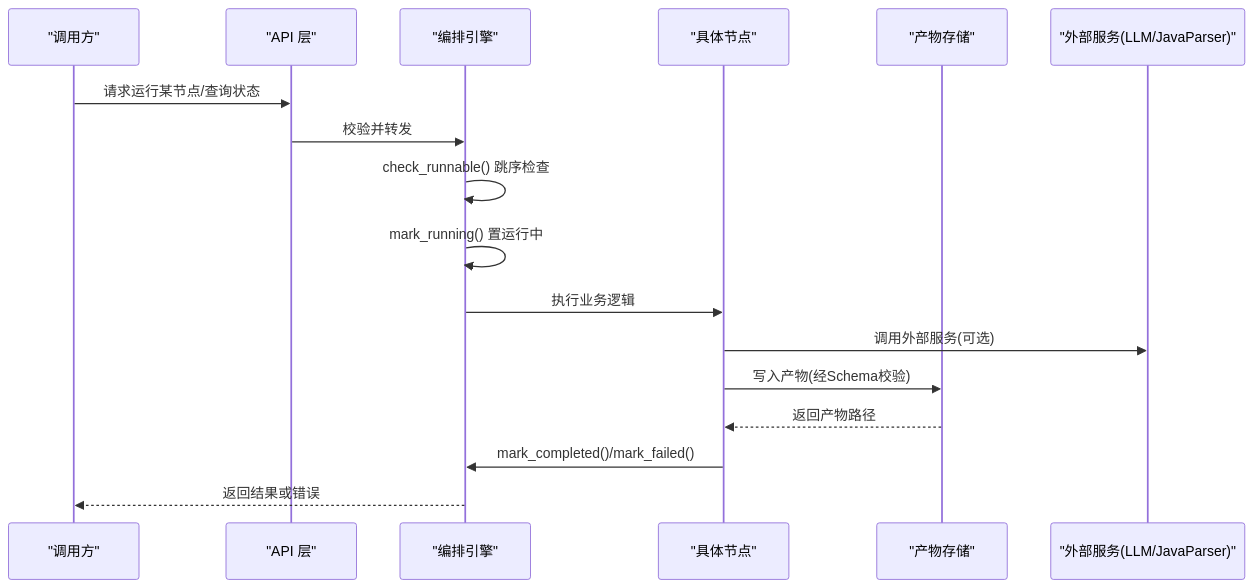
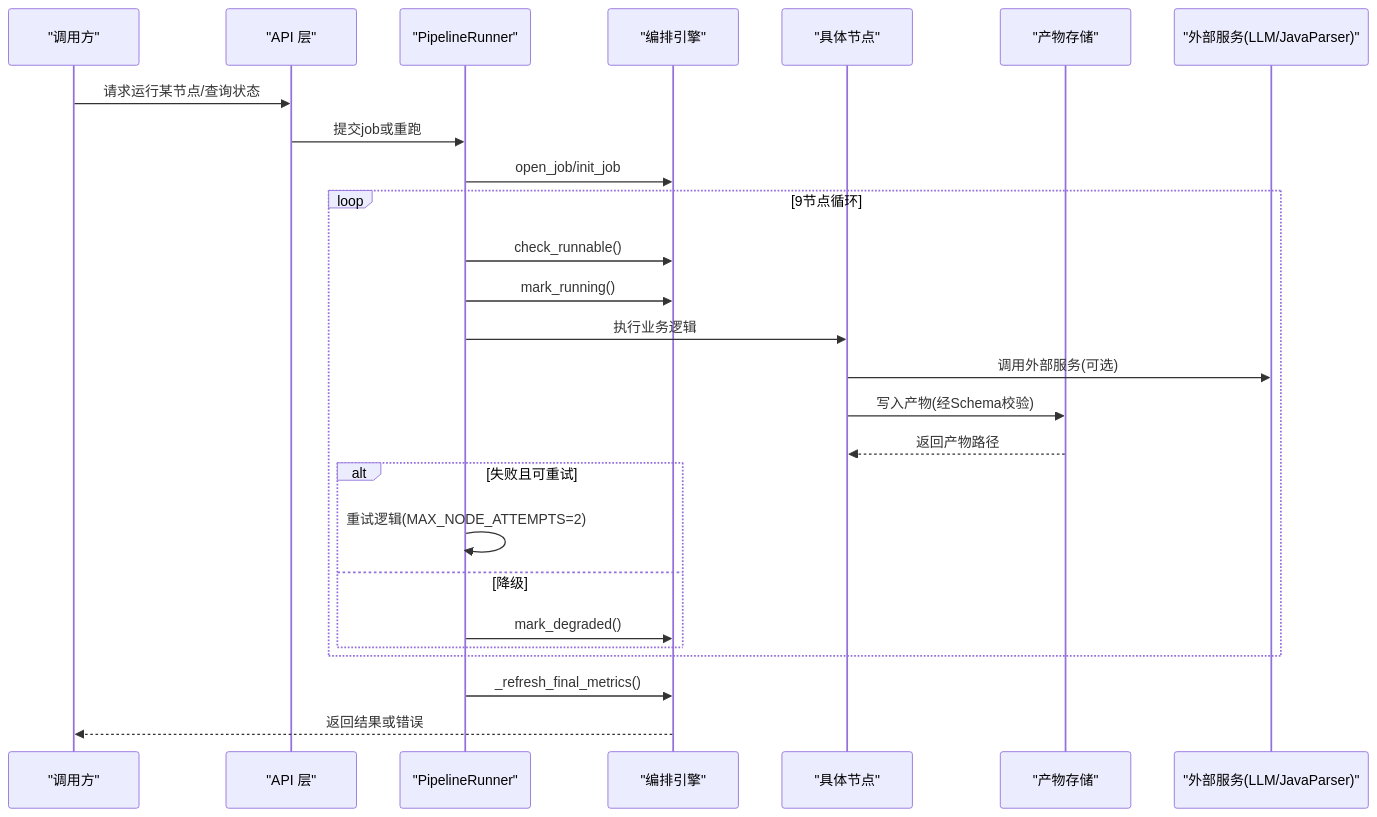
One commit to Joeyzheng001/LLM-AutoTest changed the second of 5 diagrams in .qoder/repowiki/zh/content/流水线工作流/流水线工作流.md. Above: the diagram before and after it, drawn with Mermaid. The commit also changed other lines of this file and 94 other files, not shown here.

````diff
--- a/.qoder/repowiki/zh/content/流水线工作流/流水线工作流.md
+++ b/.qoder/repowiki/zh/content/流水线工作流/流水线工作流.md
@@ -110,19 +130,28 @@
 ```mermaid
 sequenceDiagram
 participant C as "调用方"
 participant A as "API 层"
+participant R as "PipelineRunner"
 participant E as "编排引擎"
 participant N as "具体节点"
 participant S as "产物存储"
 participant X as "外部服务(LLM/JavaParser)"
 C->>A : 请求运行某节点/查询状态
-A->>E : 校验并转发
-E->>E : check_runnable() 跳序检查
-E->>E : mark_running() 置运行中
-E->>N : 执行业务逻辑
+A->>R : 提交job或重跑
+R->>E : open_job/init_job
+loop 9节点循环
+R->>E : check_runnable()
+R->>E : mark_running()
+R->>N : 执行业务逻辑
 N->>X : 调用外部服务(可选)
 N->>S : 写入产物(经Schema校验)
 S-->>N : 返回产物路径
-N->>E : mark_completed()/mark_failed()
+alt 失败且可重试
+R->>R : 重试逻辑(MAX_NODE_ATTEMPTS=2)
+else 降级
+R->>E : mark_degraded()
+end
+end
+R->>E : _refresh_final_metrics()
 E-->>C : 返回结果或错误
 ```
````
